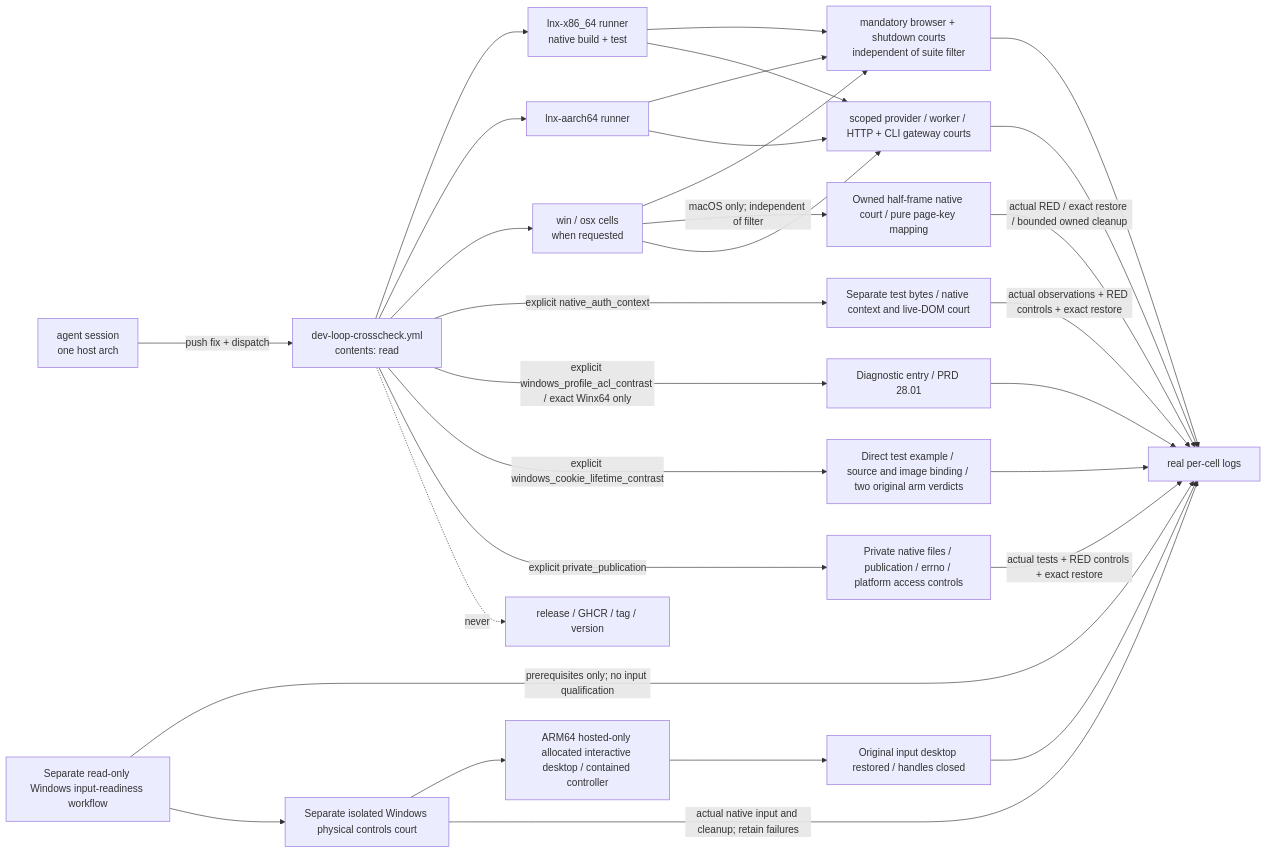
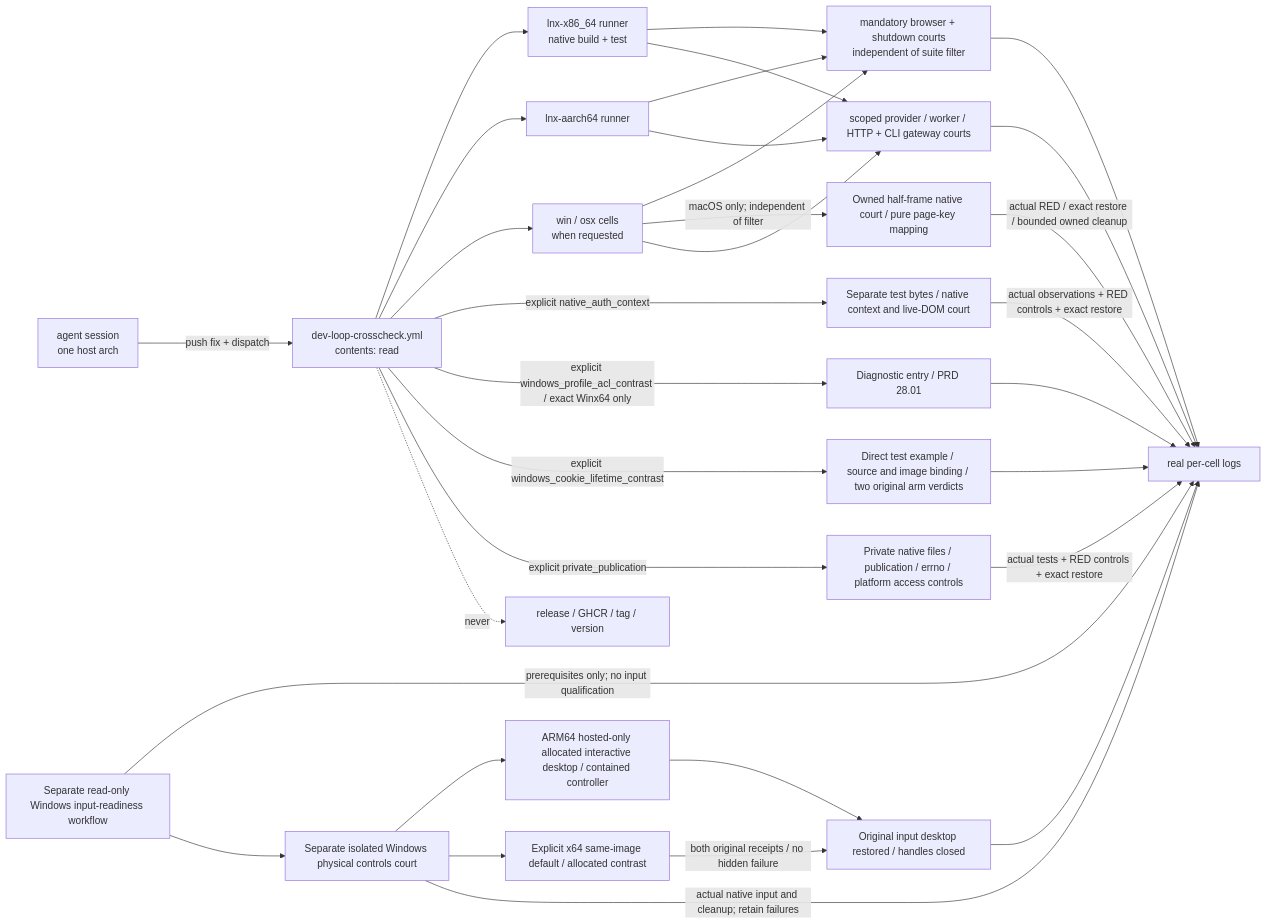
One commit to partnernetsoftware/minicon changed the diagram in prd/PRD_02_32_dev_loop_crosscheck.md. Above: the diagram before and after it, drawn with Mermaid. The commit also changed other lines of this file and 2 other files, not shown here.

Commit message:
Compare native input on default and allocated desktops using one exact image

````diff
--- a/prd/PRD_02_32_dev_loop_crosscheck.md
+++ b/prd/PRD_02_32_dev_loop_crosscheck.md
@@ -73,28 +74,30 @@
 ```mermaid
 flowchart LR
     A["agent session<br/>one host arch"] -->|push fix + dispatch| W["dev-loop-crosscheck.yml<br/>contents: read"]
     W --> C1["lnx-x86_64 runner<br/>native build + test"]
     W --> C2["lnx-aarch64 runner"]
     W --> C3["win / osx cells<br/>when requested"]
     C1 & C2 & C3 --> M["mandatory browser + shutdown courts<br/>independent of suite filter"]
     M --> L["real per-cell logs"]
     C3 -->|macOS only; independent of filter| HALF[Owned half-frame native court / pure page-key mapping]
     HALF -->|actual RED / exact restore / bounded owned cleanup| L
     C1 & C2 & C3 --> G["scoped provider / worker / HTTP + CLI gateway courts"]
     G --> L
     W -->|explicit native_auth_context| T[Separate test bytes / native context and live-DOM court]
     T -->|actual observations + RED controls + exact restore| L
     W -->|explicit windows_profile_acl_contrast / exact Winx64 only| ACL[Diagnostic entry / PRD 28.01]
     ACL --> L
     W -->|explicit windows_cookie_lifetime_contrast| LC[Direct test example / source and image binding / two original arm verdicts]
     LC --> L
     W -->|explicit private_publication| PP[Private native files / publication / errno / platform access controls]
     PP -->|actual tests + RED controls + exact restore| L
     INPUT[Separate read-only Windows input-readiness workflow] -->|prerequisites only; no input qualification| L
     INPUT --> NC[Separate isolated Windows physical controls court]
     NC --> ARM[ARM64 hosted-only allocated interactive desktop / contained controller]
     ARM --> RESTORE[Original input desktop restored / handles closed]
+    NC --> CONTRAST[Explicit x64 same-image default / allocated contrast]
+    CONTRAST -->|both original receipts / no hidden failure| RESTORE
     RESTORE --> L
     NC -->|actual native input and cleanup; retain failures| L
     W -. never .-> R["release / GHCR / tag / version"]
 ```
````
